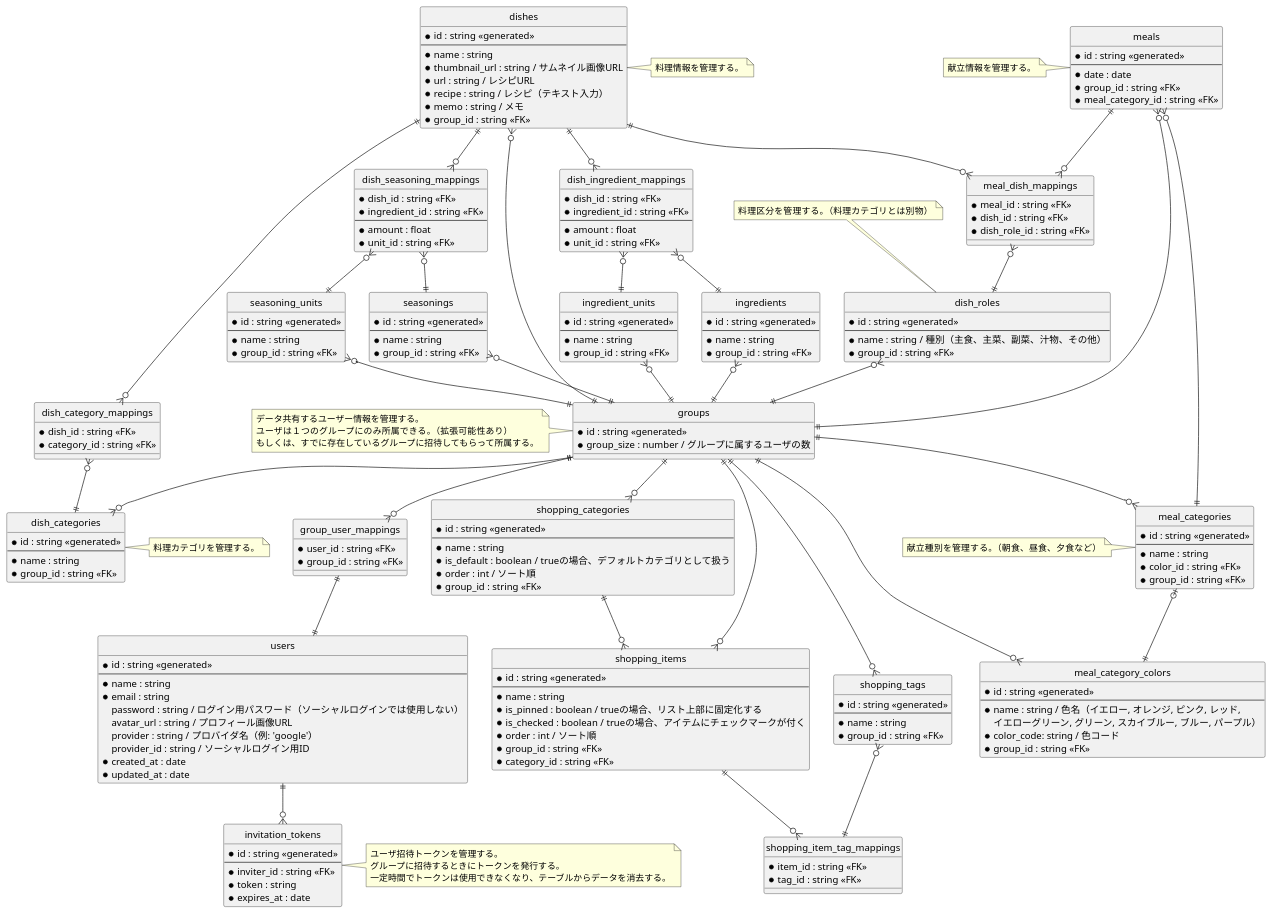
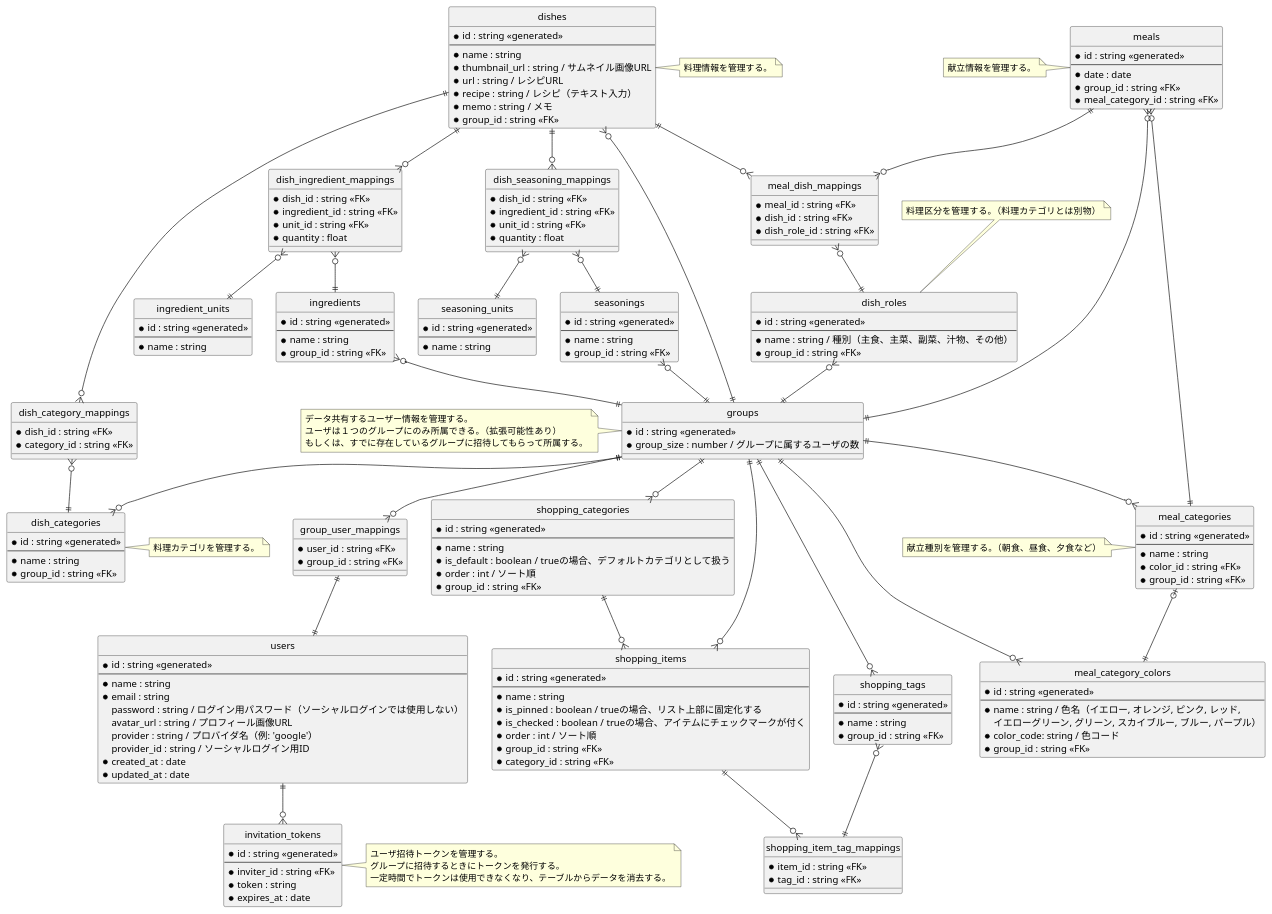
One commit to nanoha94/meap changed the diagram in server/docs/er.puml. Above: the diagram before and after it, drawn with PlantUML. The commit also changed 19 other files, not shown here.

```diff
--- a/server/docs/er.puml
+++ b/server/docs/er.puml
@@ -12,7 +12,6 @@
     * id : string <<generated>>
     --
     * name : string
-    * group_id : string <<FK>>
 }
 
 entity seasonings {
@@ -26,7 +25,6 @@
     * id : string <<generated>>
     --
     * name : string
-    * group_id : string <<FK>>
 }
 
 entity dish_category_mappings {
@@ -48,17 +46,15 @@
 entity dish_ingredient_mappings {
     * dish_id : string <<FK>>
     * ingredient_id : string <<FK>>
-    --
-    * amount : float
     * unit_id : string <<FK>>
+    * quantity : float
 }
 
 entity dish_seasoning_mappings {
     * dish_id : string <<FK>>
     * ingredient_id : string <<FK>>
-    --
-    * amount : float
     * unit_id : string <<FK>>
+    * quantity : float
 }
 
 entity dish_roles {
@@ -197,14 +193,12 @@
 dishes ||--o{ dish_category_mappings
 dish_category_mappings }o--|| dish_categories
 
-ingredient_units }o--|| groups
 ingredients }o--|| groups
 dishes ||--o{ dish_ingredient_mappings
 dish_ingredient_mappings }o--|| ingredient_units
 dish_ingredient_mappings }o--|| ingredients
 
 
-seasoning_units }o--|| groups
 seasonings }o--|| groups
 dishes ||--o{ dish_seasoning_mappings
 dish_seasoning_mappings }o--|| seasoning_units
```
